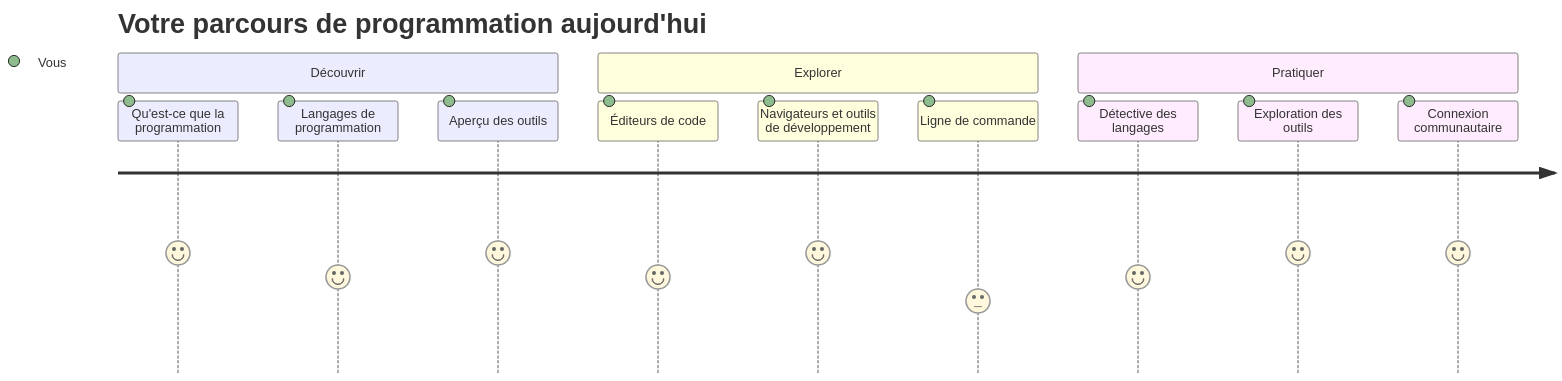
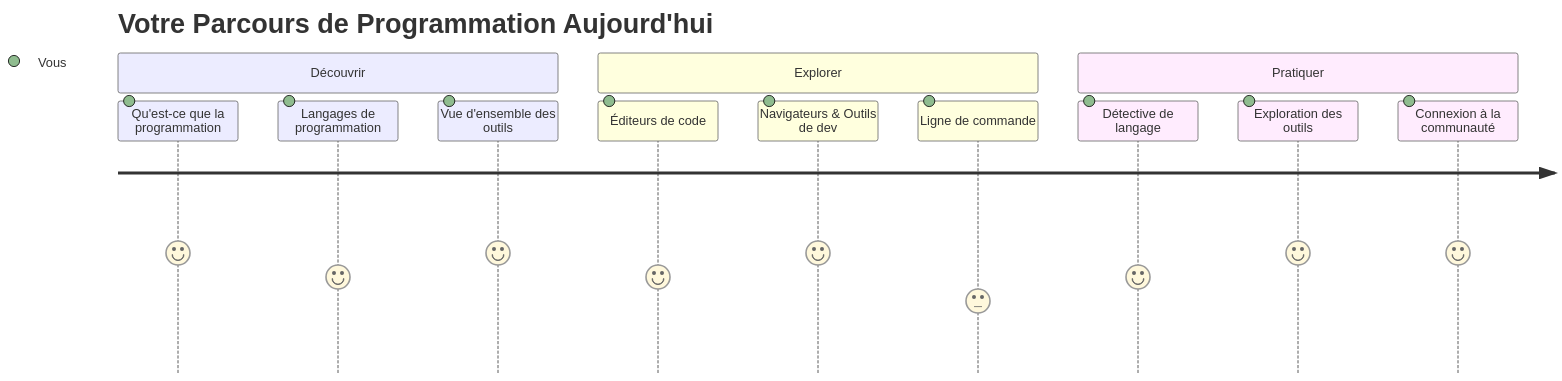
Before and after one commit to microsoft/Web-Dev-For-Beginners: the first of 7 diagrams in translations/fr/1-getting-started-lessons/1-intro-to-programming-languages/README.md, drawn with Mermaid. The commit also changed other lines of this file and 8 other files, not shown here.

````diff
--- a/translations/fr/1-getting-started-lessons/1-intro-to-programming-languages/README.md
+++ b/translations/fr/1-getting-started-lessons/1-intro-to-programming-languages/README.md
@@ -14,16 +14,16 @@
 ```mermaid
 journey
-    title Votre parcours de programmation aujourd'hui
+    title Votre Parcours de Programmation Aujourd'hui
     section Découvrir
       Qu'est-ce que la programmation : 5 : Vous
       Langages de programmation : 4 : Vous
-      Aperçu des outils : 5 : Vous
+      Vue d'ensemble des outils : 5 : Vous
     section Explorer
       Éditeurs de code : 4 : Vous
-      Navigateurs et outils de développement : 5 : Vous
+      Navigateurs & Outils de dev : 5 : Vous
       Ligne de commande : 3 : Vous
     section Pratiquer
-      Détective des langages : 4 : Vous
+      Détective de langage : 4 : Vous
       Exploration des outils : 5 : Vous
-      Connexion communautaire : 5 : Vous
+      Connexion à la communauté : 5 : Vous
 ```
````
